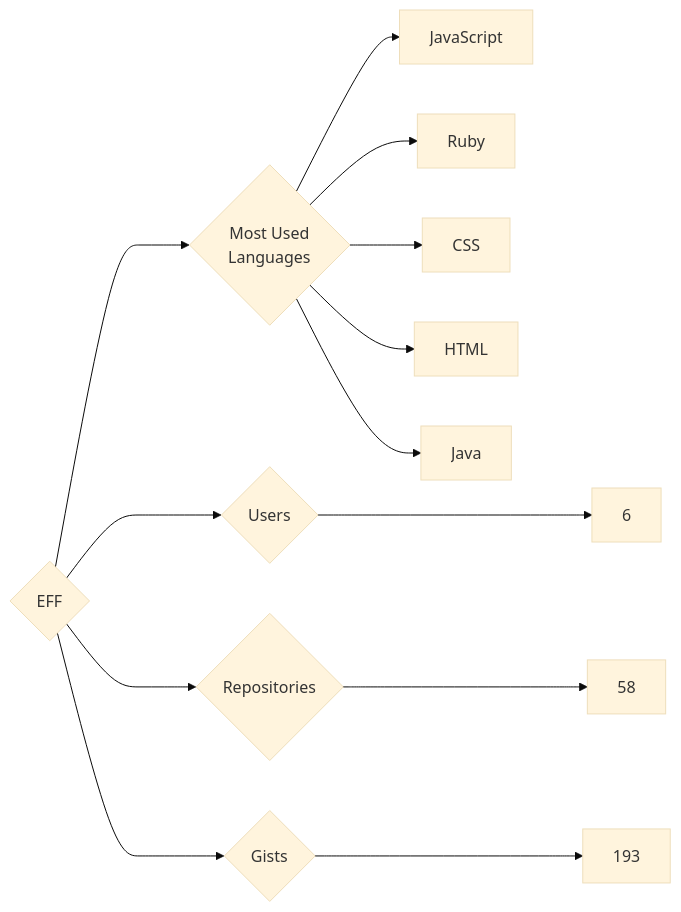
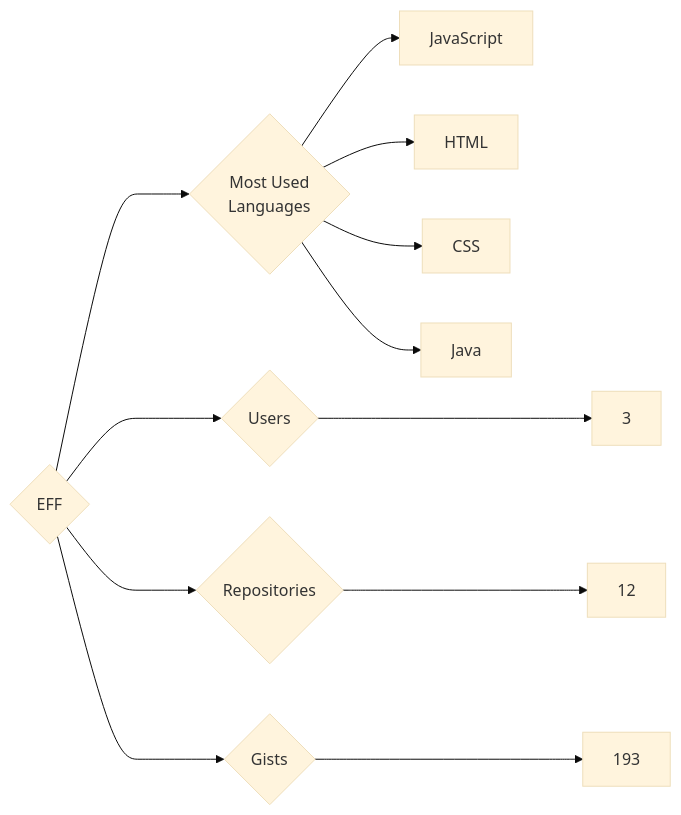
Before and after one commit to trickest/insiders: the diagram in targets/EFF/README.md, drawn with Mermaid (base theme). The commit also changed 1167 other files, not shown here.

````diff
--- a/targets/EFF/README.md
+++ b/targets/EFF/README.md
@@ -3,13 +3,12 @@
 ```mermaid
 graph LR
 COMPANY_NAME{EFF}
-COMPANY_NAME ---> U{Users} ---> UN[6]
-COMPANY_NAME ---> R{Repositories} ---> RN[58]
+COMPANY_NAME ---> U{Users} ---> UN[3]
+COMPANY_NAME ---> R{Repositories} ---> RN[12]
 COMPANY_NAME ---> G{Gists} ---> GN[193]
 COMPANY_NAME ---> ML{Most Used<br>Languages}
 ML --> JavaScript[JavaScript]
-ML --> Ruby[Ruby]
+ML --> HTML[HTML]
 ML --> CSS[CSS]
-ML --> HTML[HTML]
 ML --> Java[Java]
 ```
````
